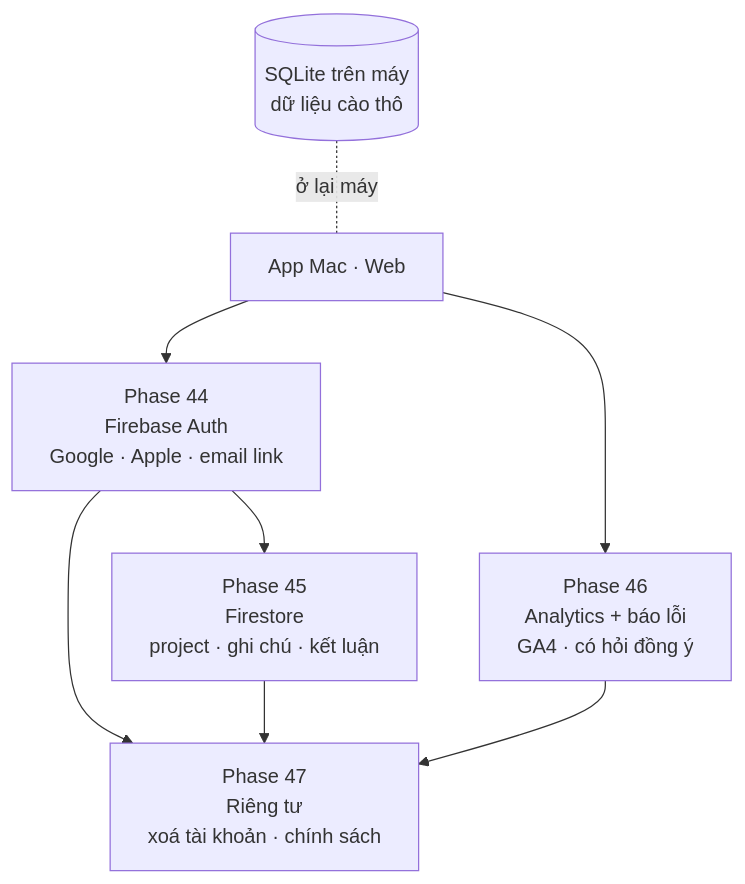
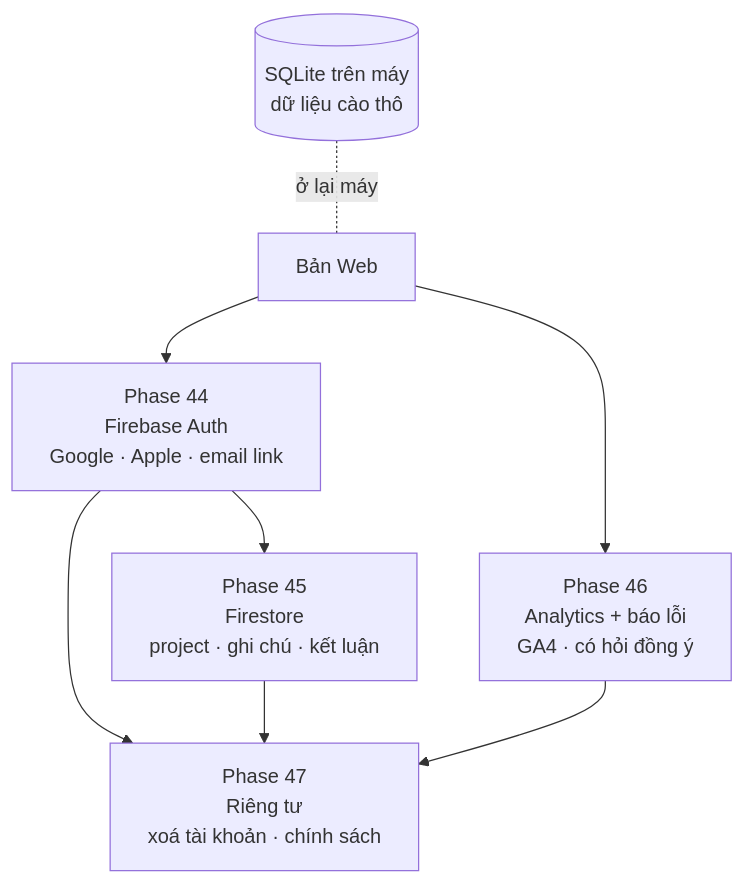
One commit to nvminhtu/niche-radar-docs changed the diagram in docs/web/version-9.md. Above: the diagram before and after it, drawn with Mermaid. The commit also changed other lines of this file and 39 other files, not shown here.

Commit message:
docs: sync — trang Web bỏ phần app Mac, App làm khi xong Version 9

````diff
--- a/docs/web/version-9.md
+++ b/docs/web/version-9.md
@@ -21,8 +21,8 @@
 ```mermaid
 flowchart TB
-  APP[App Mac · Web] --> AUTH[Phase 44<br/>Firebase Auth<br/>Google · Apple · email link]
+  APP[Bản Web] --> AUTH[Phase 44<br/>Firebase Auth<br/>Google · Apple · email link]
   AUTH --> FS[Phase 45<br/>Firestore<br/>project · ghi chú · kết luận]
   APP --> AN[Phase 46<br/>Analytics + báo lỗi<br/>GA4 · có hỏi đồng ý]
   AUTH & FS & AN --> PV[Phase 47<br/>Riêng tư<br/>xoá tài khoản · chính sách]
   LOCAL[(SQLite trên máy<br/>dữ liệu cào thô)] -.ở lại máy.- APP
 ```
````
